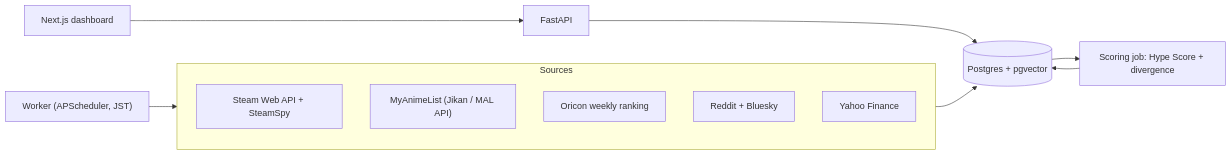
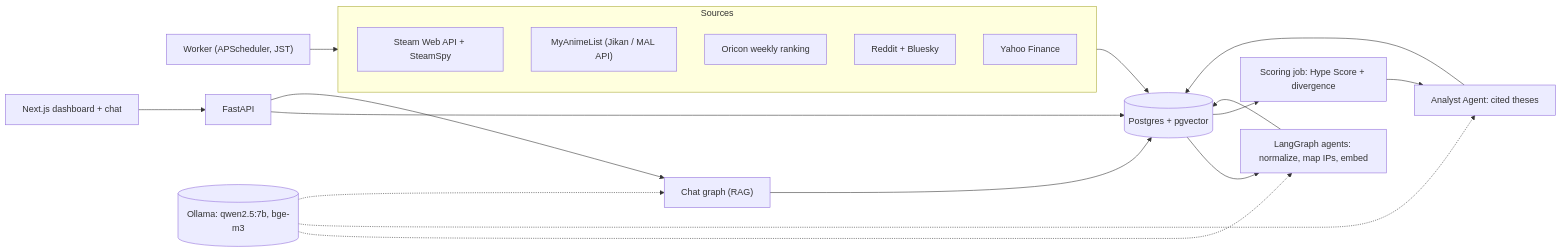
One commit to bryl-dev/ip-alpha changed the diagram in README.md. Above: the diagram before and after it, drawn with Mermaid. The commit also changed other lines of this file and 2 other files, not shown here.

Commit message:
docs: document Phase 2 agents, Ollama setup and new endpoints

````diff
--- a/README.md
+++ b/README.md
@@ -22,16 +22,24 @@
 ```mermaid
 flowchart LR
   subgraph sources [Sources]
     Steam["Steam Web API + SteamSpy"]
     MAL["MyAnimeList (Jikan / MAL API)"]
     Oricon["Oricon weekly ranking"]
     Social["Reddit + Bluesky"]
     YF["Yahoo Finance"]
   end
   Worker["Worker (APScheduler, JST)"] --> sources
   sources --> DB[("Postgres + pgvector")]
+  DB --> Agents["LangGraph agents: normalize, map IPs, embed"]
+  Agents --> DB
   DB --> Score["Scoring job: Hype Score + divergence"]
-  Score --> DB
+  Score --> Analyst["Analyst Agent: cited theses"]
+  Analyst --> DB
   API["FastAPI"] --> DB
-  Web["Next.js dashboard"] --> API
+  API --> Chat["Chat graph (RAG)"]
+  Chat --> DB
+  Web["Next.js dashboard + chat"] --> API
+  Ollama[("Ollama: qwen2.5:7b, bge-m3")] -.-> Agents
+  Ollama -.-> Analyst
+  Ollama -.-> Chat
 ```
````
